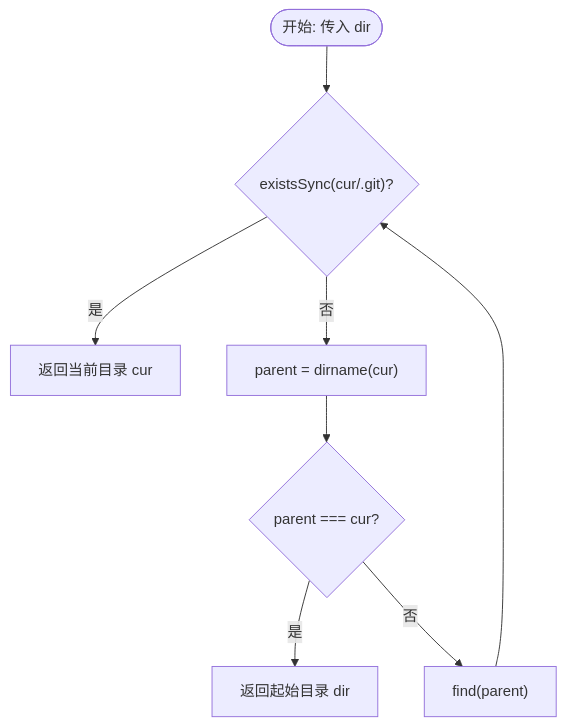
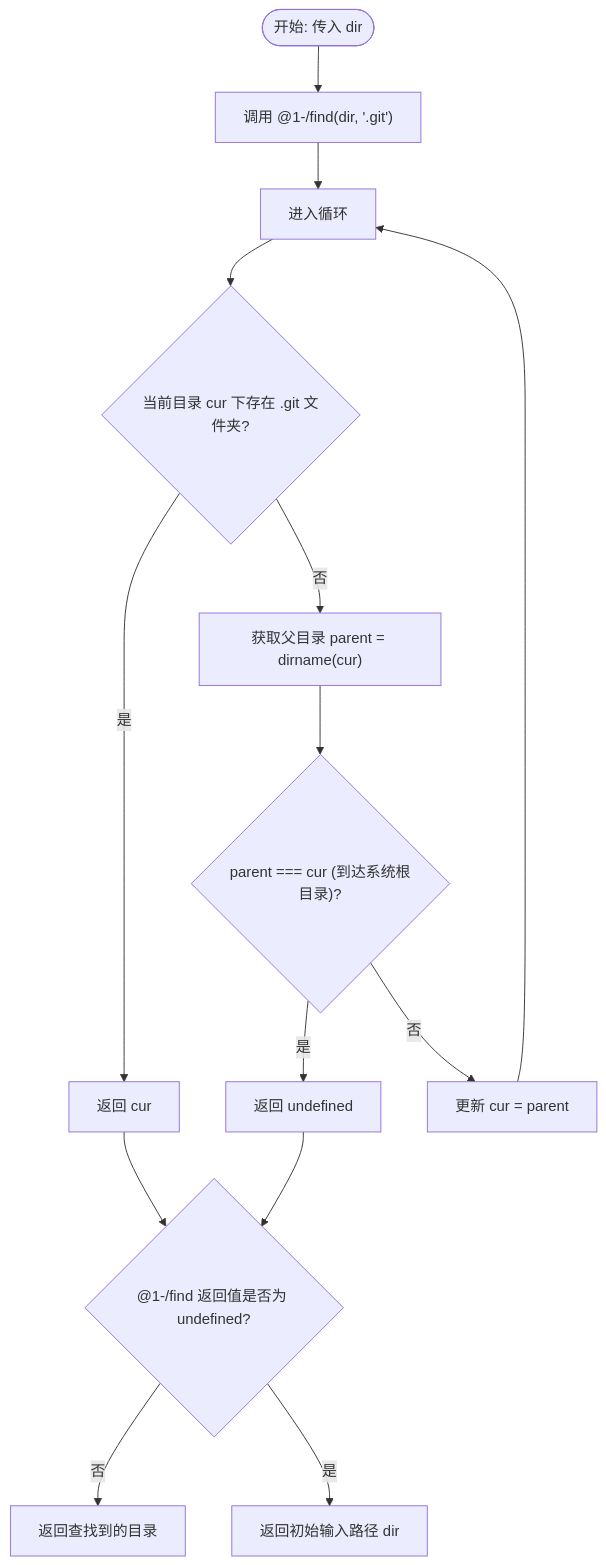
The diagram in findgit/readme/zh/README.md (webc-site/npm), drawn with Mermaid before and after one commit. The commit also changed other lines of this file and 18 other files, not shown here.

````diff
--- a/findgit/readme/zh/README.md
+++ b/findgit/readme/zh/README.md
@@ -22,10 +23,16 @@
 ```mermaid
 graph TD
-    Start([开始: 传入 dir]) --> CheckGit{"existsSync(cur/.git)?"}
-    CheckGit -- 是 --> ReturnCur[返回当前目录 cur]
-    CheckGit -- 否 --> ParentDir["parent = dirname(cur)"]
-    ParentDir --> CheckRoot{"parent === cur?"}
-    CheckRoot -- 是 --> ReturnStart[返回起始目录 dir]
-    CheckRoot -- 否 --> Recurse["find(parent)"]
-    Recurse --> CheckGit
+    Start([开始: 传入 dir]) --> FindCall["调用 @1-/find(dir, '.git')"]
+    FindCall --> Loop[进入循环]
+    Loop --> CheckGit{"当前目录 cur 下存在 .git 文件夹?"}
+    CheckGit -- 是 --> ReturnCur[返回 cur]
+    CheckGit -- 否 --> ParentDir["获取父目录 parent = dirname(cur)"]
+    ParentDir --> CheckRoot{"parent === cur (到达系统根目录)?"}
+    CheckRoot -- 是 --> ReturnUndefined[返回 undefined]
+    CheckRoot -- 否 --> UpdateCur["更新 cur = parent"]
+    UpdateCur --> Loop
+    ReturnCur --> Coalesce{"@1-/find 返回值是否为 undefined?"}
+    ReturnUndefined --> Coalesce
+    Coalesce -- 否 --> ReturnVal[返回查找到的目录]
+    Coalesce -- 是 --> ReturnInput[返回初始输入路径 dir]
 ```
````
